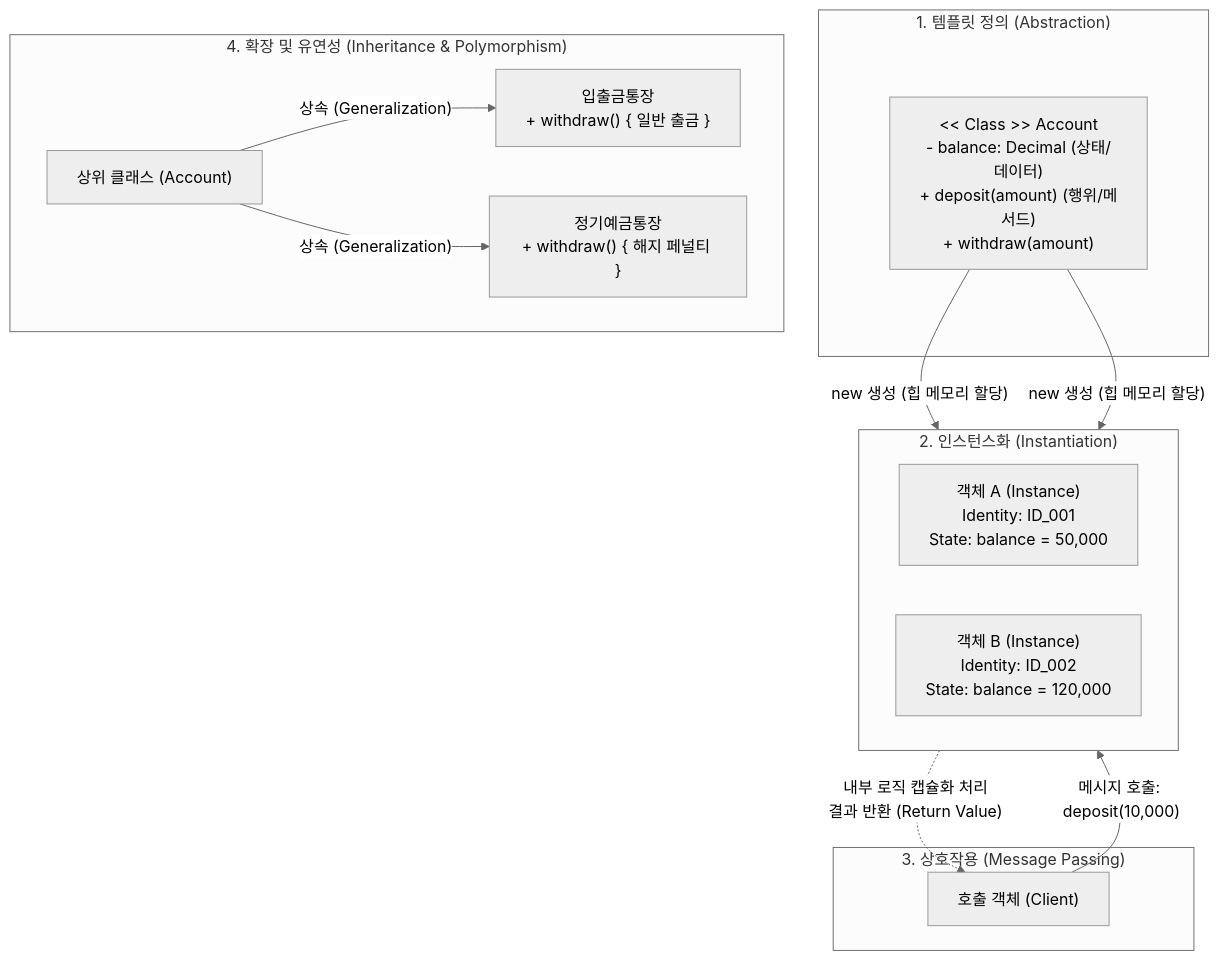
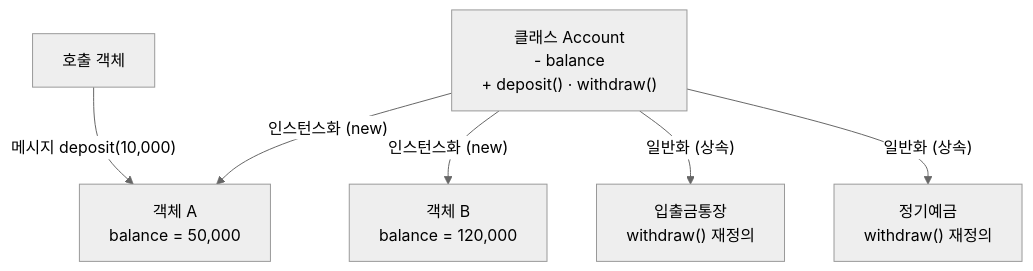
The diagram in content/01_IT Tech/객체지향.md (supremethumb/supremethumb.github.io), drawn with Mermaid (neutral theme) before and after one commit. The commit also changed other lines of this file and 1087 other files, not shown here.

````diff
--- a/content/01_IT Tech/객체지향.md
+++ b/content/01_IT Tech/객체지향.md
@@ -14,25 +36,8 @@
 ```mermaid
 flowchart TB
-    subgraph DEF["1. 템플릿 정의 (Abstraction)"]
-        CLASS["<< Class >> Account<br/>- balance: Decimal (상태/데이터)<br/>+ deposit(amount) (행위/메서드)<br/>+ withdraw(amount)"]
-    end
-    subgraph INST["2. 인스턴스화 (Instantiation)"]
-        direction LR
-        OBJ_A["객체 A (Instance)<br/>Identity: ID_001<br/>State: balance = 50,000"]
-        OBJ_B["객체 B (Instance)<br/>Identity: ID_002<br/>State: balance = 120,000"]
-    end
-    CLASS -->|"new 생성 (힙 메모리 할당)"| OBJ_A
-    CLASS -->|"new 생성 (힙 메모리 할당)"| OBJ_B
-    subgraph COMM["3. 상호작용 (Message Passing)"]
-        CALLER["호출 객체 (Client)"]
-        CALLER -->|"메시지 호출: deposit(10,000)"| OBJ_A
-        OBJ_A -.->|"내부 로직 캡슐화 처리<br/>결과 반환 (Return Value)"| CALLER
-    end
-    subgraph EXT["4. 확장 및 유연성 (Inheritance & Polymorphism)"]
-        SUPER["상위 클래스 (Account)"]
-        SUB1["입출금통장<br/>+ withdraw() { 일반 출금 }"]
-        SUB2["정기예금통장<br/>+ withdraw() { 해지 페널티 }"]
-        SUPER -->|"상속 (Generalization)"| SUB1
-        SUPER -->|"상속 (Generalization)"| SUB2
-    end
+    C["클래스 Account<br/>- balance<br/>+ deposit() · withdraw()"] -- "인스턴스화 (new)" --> A["객체 A<br/>balance = 50,000"]
+    C -- "인스턴스화 (new)" --> B["객체 B<br/>balance = 120,000"]
+    CL["호출 객체"] -- "메시지 deposit(10,000)" --> A
+    C -- "일반화 (상속)" --> S1["입출금통장<br/>withdraw() 재정의"]
+    C -- "일반화 (상속)" --> S2["정기예금<br/>withdraw() 재정의"]
 ```
````
